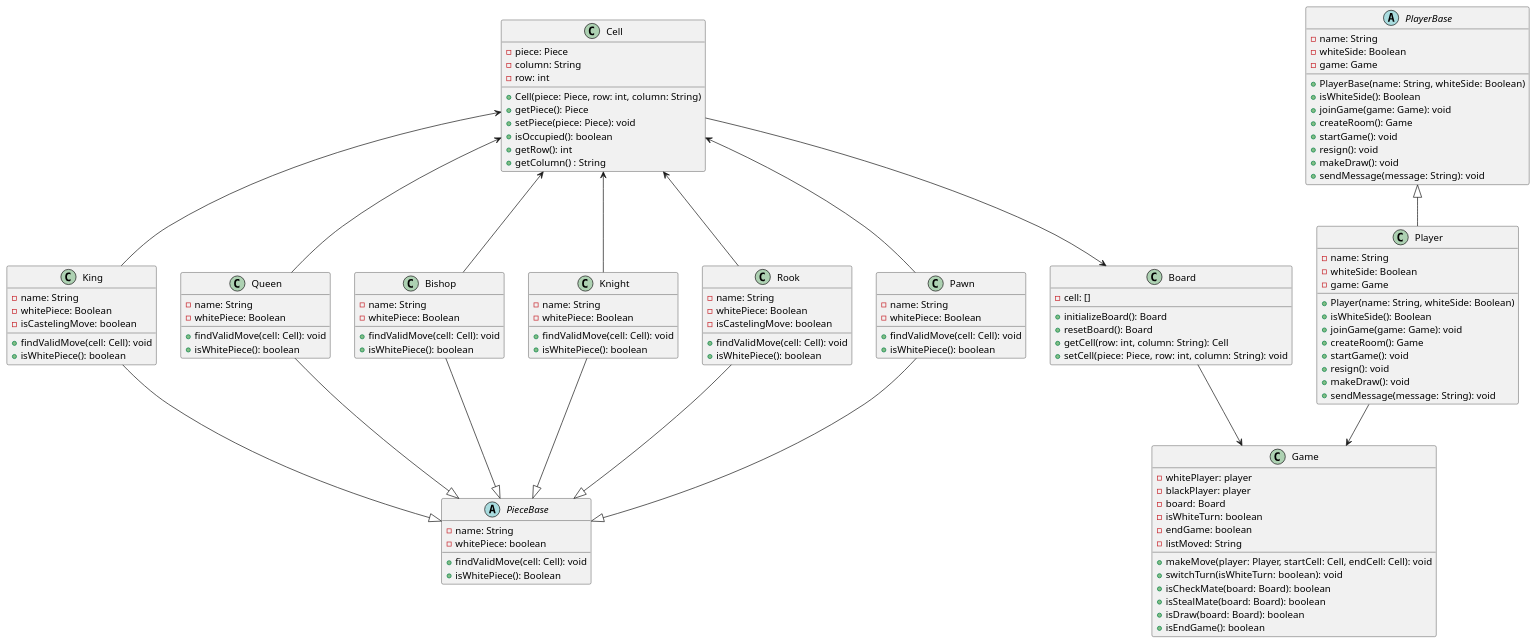
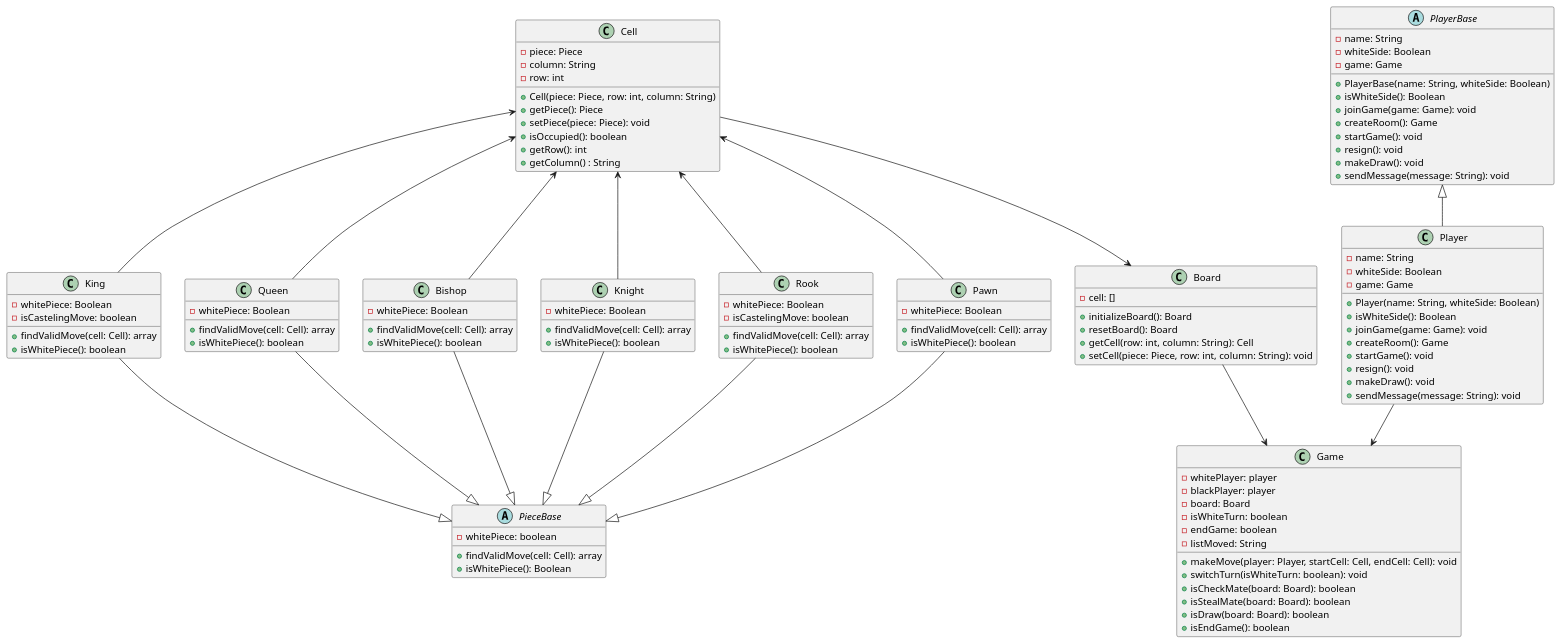
One commit to 3zard/Chess-Game changed the diagram in Diagram/Class Diagram/classDiagram.pu. Above: the diagram before and after it, drawn with PlantUML.

Commit message:
Phong | fix class diagram

```diff
--- a/Diagram/Class Diagram/classDiagram.pu
+++ b/Diagram/Class Diagram/classDiagram.pu
@@ -1,136 +1,128 @@
 @startuml classDiagram
 class Board {
     -cell: []
     +initializeBoard(): Board
     +resetBoard(): Board
     +getCell(row: int, column: String): Cell
     +setCell(piece: Piece, row: int, column: String): void
 }
 
 
 class Game {
     -whitePlayer: player
     -blackPlayer: player   
     -board: Board
     -isWhiteTurn: boolean 
     -endGame: boolean
     -listMoved: String
     
     +makeMove(player: Player, startCell: Cell, endCell: Cell): void
     +switchTurn(isWhiteTurn: boolean): void
     +isCheckMate(board: Board): boolean
     +isStealMate(board: Board): boolean
     +isDraw(board: Board): boolean
     +isEndGame(): boolean
 }
 
 class Cell {
     -piece: Piece
     -column: String 
     -row: int
 
     +Cell(piece: Piece, row: int, column: String)
     +getPiece(): Piece
     +setPiece(piece: Piece): void
     +isOccupied(): boolean
     +getRow(): int
     +getColumn() : String
 }
 
 class Player {
     -name: String
     -whiteSide: Boolean
     -game: Game
     
     +Player(name: String, whiteSide: Boolean)
     +isWhiteSide(): Boolean
     +joinGame(game: Game): void
     +createRoom(): Game
     +startGame(): void
     +resign(): void
     +makeDraw(): void
     +sendMessage(message: String): void
 }
 
 abstract class PlayerBase {
     -name: String
     -whiteSide: Boolean
     -game: Game
     
     +PlayerBase(name: String, whiteSide: Boolean)
     +isWhiteSide(): Boolean
     +joinGame(game: Game): void
     +createRoom(): Game
     +startGame(): void
     +resign(): void
     +makeDraw(): void
     +sendMessage(message: String): void
 }
 
 abstract class PieceBase {
-    -name: String
     -whitePiece: boolean
-
-    +findValidMove(cell: Cell): void
-    +isWhitePiece(): Boolean
+    +findValidMove(cell: Cell): array
+    +isWhitePiece(): Boolean    
 }
 
 class Pawn{
-    -name: String
     -whitePiece: Boolean
-    +findValidMove(cell: Cell): void
+    +findValidMove(cell: Cell): array
     +isWhitePiece(): boolean
 } 
 class Rook{
-    -name: String
     -whitePiece: Boolean
     -isCastelingMove: boolean
-    +findValidMove(cell: Cell): void
+    +findValidMove(cell: Cell): array
     +isWhitePiece(): boolean
 }
 class Knight{
-    -name: String
     -whitePiece: Boolean
-    +findValidMove(cell: Cell): void
+    +findValidMove(cell: Cell): array
     +isWhitePiece(): boolean
 }
 class Bishop{
-    -name: String
     -whitePiece: Boolean
-    +findValidMove(cell: Cell): void
+    +findValidMove(cell: Cell): array
     +isWhitePiece(): boolean
 }
 class Queen{
-    -name: String
     -whitePiece: Boolean
-    +findValidMove(cell: Cell): void
+    +findValidMove(cell: Cell): array
     +isWhitePiece(): boolean
 }
 class King{
-    -name: String
     -whitePiece: Boolean
     -isCastelingMove: boolean
-    +findValidMove(cell: Cell): void 
+    +findValidMove(cell: Cell): array 
     +isWhitePiece(): boolean
 }
 
 Player --> Game
 PlayerBase <|-- Player
 
 Cell --> Board
 Board --> Game
 
 PieceBase <|-up- Pawn 
 PieceBase <|-up- Rook
 PieceBase <|-up- Knight
 PieceBase <|-up- Bishop
 PieceBase <|-up- Queen
 PieceBase <|-up- King
 
 Cell <-- Pawn
 Cell <-- Rook
 Cell <-- Knight
 Cell <-- Bishop
 Cell <-- Queen
 Cell <-- King
 @enduml
```
